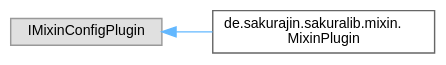
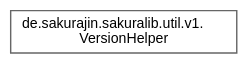
The diagram in inherit_graph_23.dot (noah1510/sakura-lib), drawn with Graphviz before and after one commit. The commit also changed 150 other files, not shown here.

```diff
--- a/inherit_graph_23.dot
+++ b/inherit_graph_23.dot
@@ -1,11 +1,9 @@
 digraph "Graphical Class Hierarchy"
 {
  // LATEX_PDF_SIZE
   bgcolor="transparent";
   edge [fontname=Helvetica,fontsize=10,labelfontname=Helvetica,labelfontsize=10];
   node [fontname=Helvetica,fontsize=10,shape=box,height=0.2,width=0.4];
   rankdir="LR";
-  Node0 [label="IMixinConfigPlugin",height=0.2,width=0.4,color="grey60", fillcolor="#E0E0E0", style="filled",tooltip=" "];
-  Node0 -> Node1 [dir="back",color="steelblue1",style="solid"];
-  Node1 [label="de.sakurajin.sakuralib.mixin.\lMixinPlugin",height=0.2,width=0.4,color="grey40", fillcolor="white", style="filled",URL="$classde_1_1sakurajin_1_1sakuralib_1_1mixin_1_1MixinPlugin.html",tooltip=" "];
+  Node0 [label="de.sakurajin.sakuralib.util.v1.\lVersionHelper",height=0.2,width=0.4,color="grey40", fillcolor="white", style="filled",URL="$classde_1_1sakurajin_1_1sakuralib_1_1util_1_1v1_1_1VersionHelper.html",tooltip=" "];
 }
```
